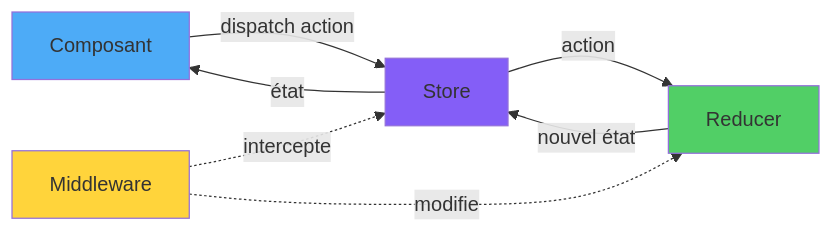
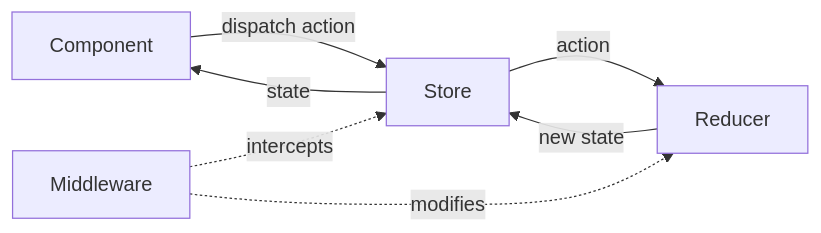
Before and after one commit to BabaScience/react-guides: the fourth of 7 diagrams in arguments/chapters/fr/06-state-management.md, drawn with Mermaid. The commit also changed other lines of this file and 29 other files, not shown here.

First line of the commit message:
Bring React FR/IT translations to full English parity + theme-safe diagrams

````diff
--- a/arguments/chapters/fr/06-state-management.md
+++ b/arguments/chapters/fr/06-state-management.md
@@ -191,15 +938,11 @@
 ```mermaid
 graph LR
-    A["Composant"] -->|dispatch action| B["Store"]
-    B -->|action| C["Reducer"]
-    C -->|nouvel état| B
-    B -->|état| A
-
-    D["Middleware"] -.intercepte.-> B
-    D -.modifie.-> C
-
-    style A fill:#4dabf7
-    style B fill:#845ef7
-    style C fill:#51cf66
-    style D fill:#ffd43b
+    A[Component] -->|dispatch action| B[Store]
+    B -->|action| C[Reducer]
+    C -->|new state| B
+    B -->|state| A
+    
+    D[Middleware] -.intercepts.-> B
+    D -.modifies.-> C
+    
 ```
````
